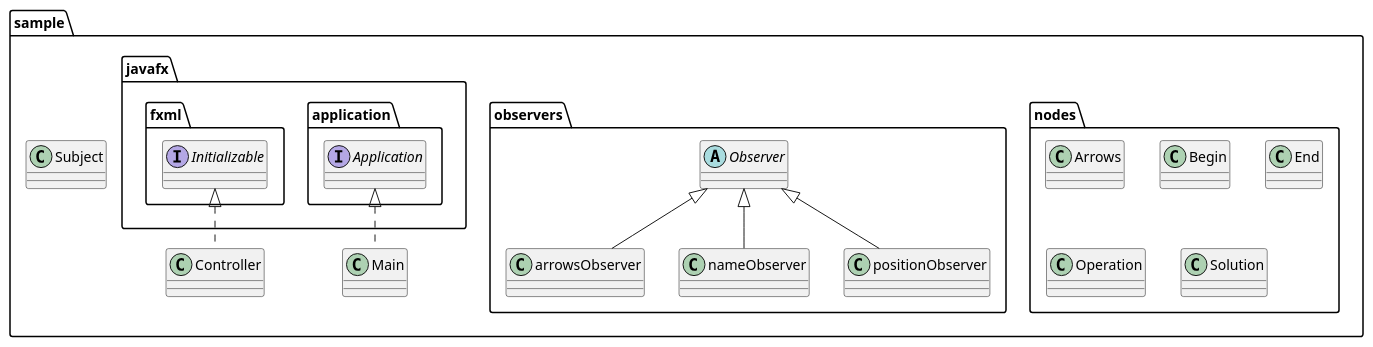
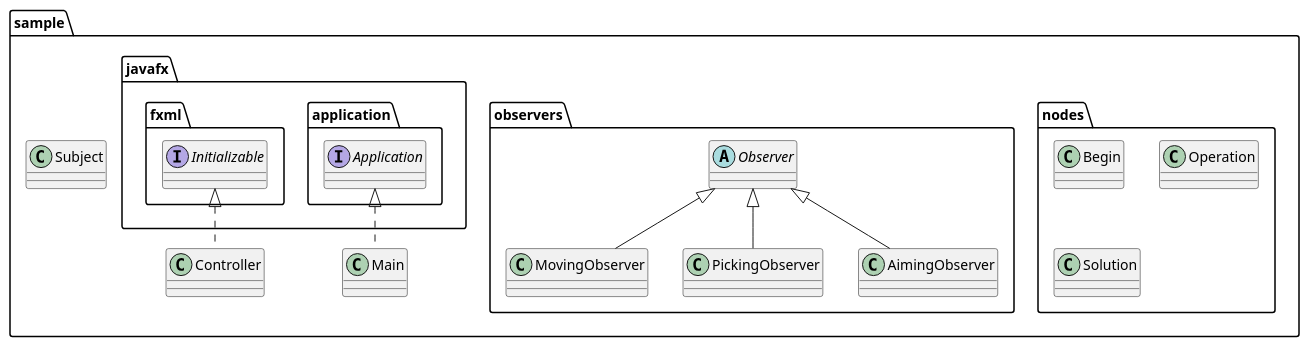
Before and after one commit to Aseev-Sergey/Observer: the diagram in Class Diagram.puml, drawn with PlantUML.

```diff
--- a/Class Diagram.puml
+++ b/Class Diagram.puml
@@ -1,22 +1,20 @@
 @startuml
 
 package sample <<Folder>>{
 package nodes <<Folder>>{
-class Arrows
 class Begin
-class End
 class Operation
 class Solution
 }
 package observers <<Folder>>{
-class arrowsObserver extends Observer
-class nameObserver extends Observer
-class positionObserver extends Observer
+class MovingObserver extends Observer
+class PickingObserver extends Observer
+class AimingObserver extends Observer
 abstract class Observer
 }
 class Controller implements javafx.fxml.Initializable
 class Main implements javafx.application.Application
 class Subject
 }
 
 @enduml
```
